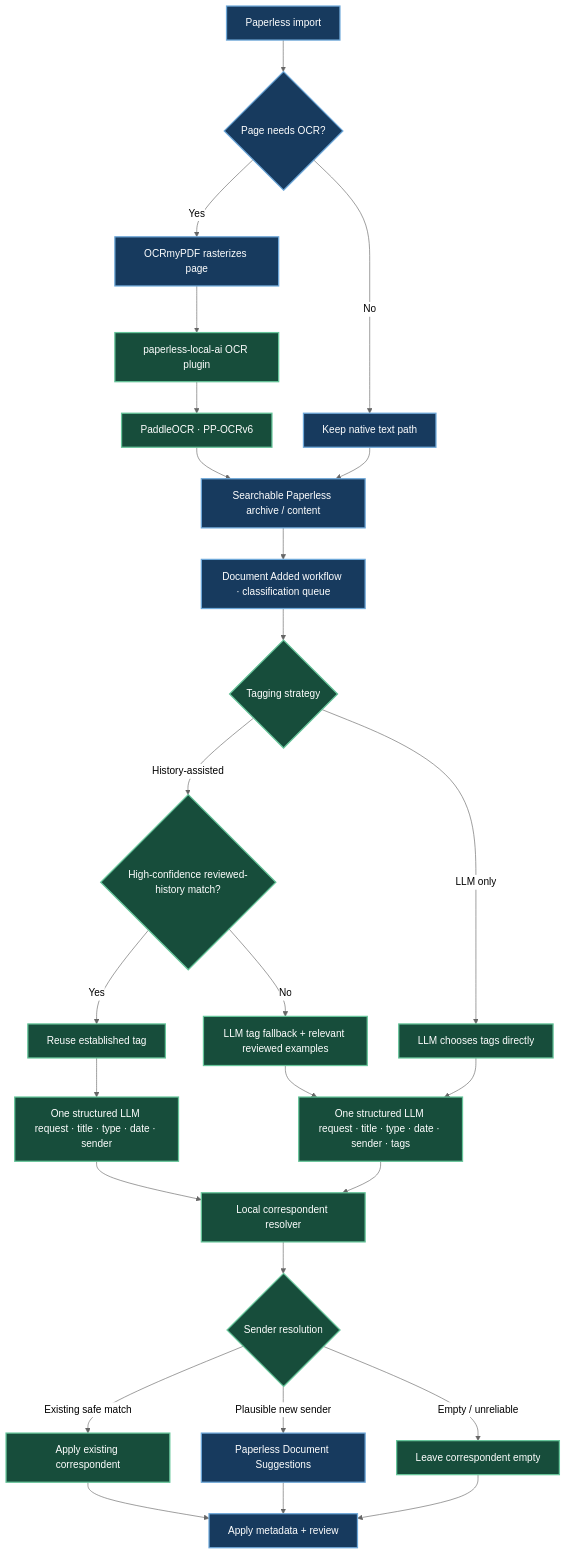
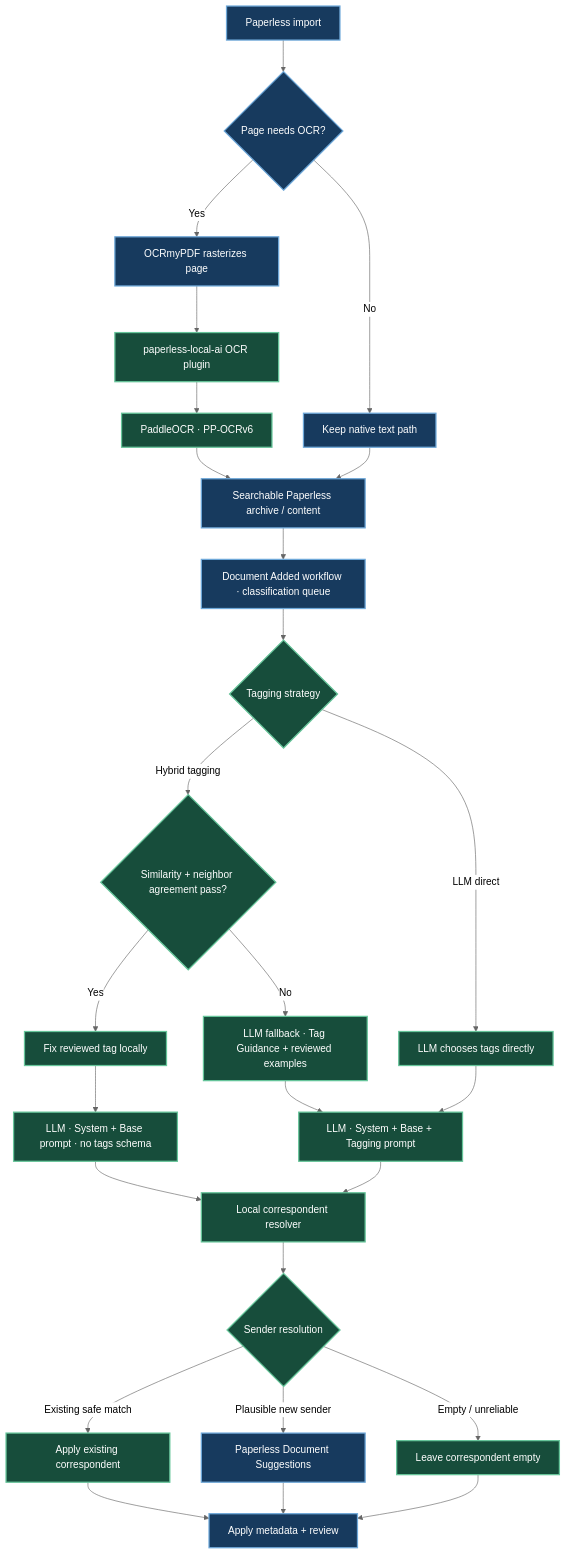
One commit to lucaperl/paperless-local-ai changed the diagram in docs/diagrams/paperless-flow.mmd. Above: the diagram before and after it, drawn with Mermaid (neutral theme). The commit also changed 20 other files, not shown here.

First line of the commit message:
Refine Hybrid tagging prompt composition (#46)

```diff
--- a/docs/diagrams/paperless-flow.mmd
+++ b/docs/diagrams/paperless-flow.mmd
@@ -1,29 +1,29 @@
 flowchart TD
     A[Paperless import]:::paperless --> B{Page needs OCR?}:::paperless
     B -- No --> C[Keep native text path]:::paperless
     B -- Yes --> D[OCRmyPDF rasterizes page]:::paperless
     D --> E[paperless-local-ai OCR plugin]:::local
     E --> F[PaddleOCR · PP-OCRv6]:::local
     F --> G[Searchable Paperless archive / content]:::paperless
     C --> G
     G --> H[Document Added workflow · classification queue]:::paperless
     H --> I{Tagging strategy}:::local
-    I -- History-assisted --> J{High-confidence reviewed-history match?}:::local
-    J -- Yes --> K[Reuse established tag]:::local
-    J -- No --> L[LLM tag fallback + relevant reviewed examples]:::local
-    I -- LLM only --> M[LLM chooses tags directly]:::local
-    K --> N[One structured LLM request · title · type · date · sender]:::local
-    L --> O[One structured LLM request · title · type · date · sender · tags]:::local
+    I -- Hybrid tagging --> J{Similarity + neighbor agreement pass?}:::local
+    J -- Yes --> K[Fix reviewed tag locally]:::local
+    J -- No --> L[LLM fallback · Tag Guidance + reviewed examples]:::local
+    I -- LLM direct --> M[LLM chooses tags directly]:::local
+    K --> N[LLM · System + Base prompt · no tags schema]:::local
+    L --> O[LLM · System + Base + Tagging prompt]:::local
     M --> O
     N --> P[Local correspondent resolver]:::local
     O --> P
     P --> Q{Sender resolution}:::local
     Q -- Existing safe match --> R[Apply existing correspondent]:::local
     Q -- Plausible new sender --> S[Paperless Document Suggestions]:::paperless
     Q -- Empty / unreliable --> T[Leave correspondent empty]:::local
     R --> U[Apply metadata + review]:::paperless
     S --> U
     T --> U
 
     classDef paperless fill:#173A5E,stroke:#6EA8D9,color:#FFFFFF,stroke-width:2px;
     classDef local fill:#174D3B,stroke:#66C59A,color:#FFFFFF,stroke-width:2px;
```
